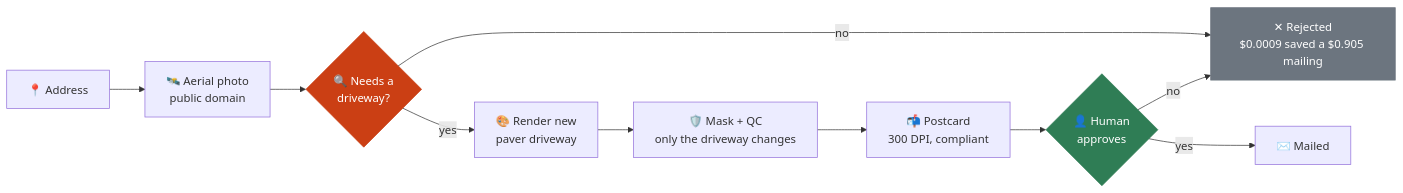
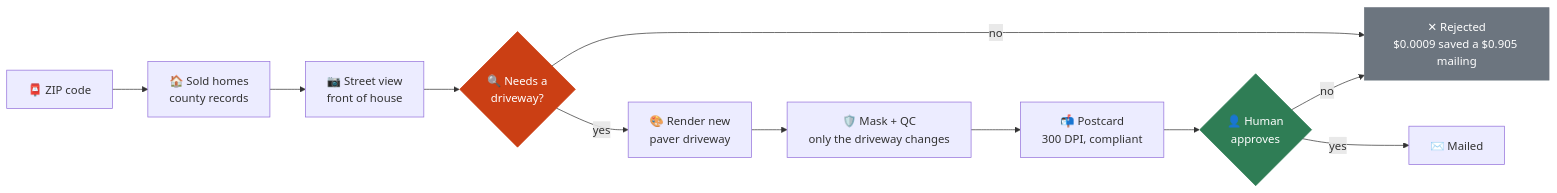
One commit to Zerubabel-J/curbside changed the first of 5 diagrams in README.md. Above: the diagram before and after it, drawn with Mermaid. The commit also changed other lines of this file and 3 other files, not shown here.

Commit message:
docs: update README for ZIP campaigns and street view; feat: /sold endpoint

````diff
--- a/README.md
+++ b/README.md
@@ -37,16 +44,17 @@
 ```mermaid
 flowchart LR
-    A["📍 Address"] --> B["🛰️ Aerial photo<br/>public domain"]
+    A["📮 ZIP code"] --> A2["🏠 Sold homes<br/>county records"]
+    A2 --> B["📷 Street view<br/>front of house"]
     B --> C{"🔍 Needs a<br/>driveway?"}
     C -->|no| X["✕ Rejected<br/>$0.0009 saved a $0.905 mailing"]
     C -->|yes| D["🎨 Render new<br/>paver driveway"]
     D --> E["🛡️ Mask + QC<br/>only the driveway changes"]
     E --> F["📬 Postcard<br/>300 DPI, compliant"]
     F --> G{"👤 Human<br/>approves"}
     G -->|yes| H["✉️ Mailed"]
     G -->|no| X
 
     style C fill:#cb3f14,stroke:#cb3f14,color:#fff
     style G fill:#2f7d55,stroke:#2f7d55,color:#fff
     style X fill:#6c757f,stroke:#6c757f,color:#fff
 ```
````
